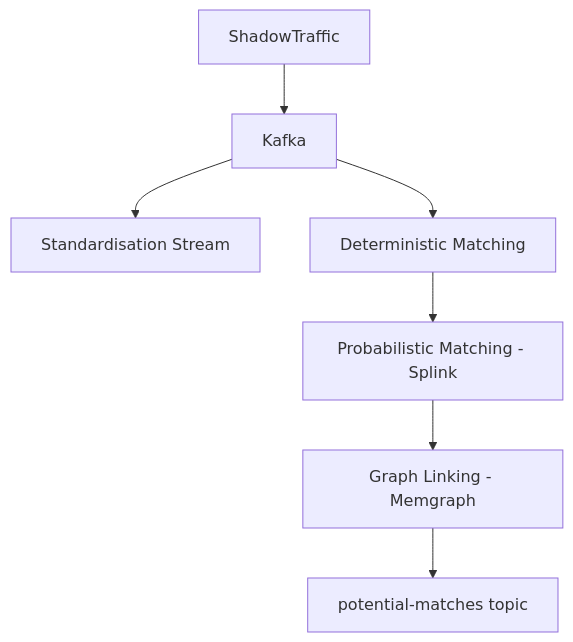
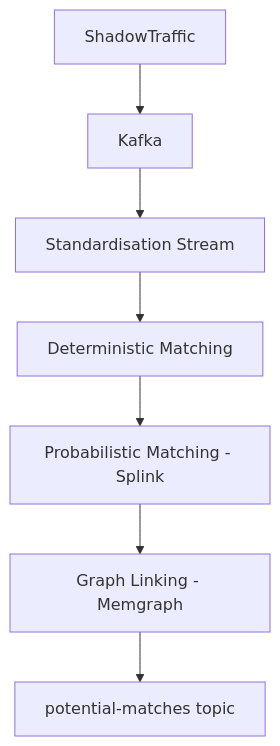
One commit to stonesy88/entity-resolution changed the diagram in readme.md. Above: the diagram before and after it, drawn with Mermaid.

````diff
--- a/readme.md
+++ b/readme.md
@@ -11,10 +11,10 @@
 ```mermaid
 flowchart TD
   S[ShadowTraffic] --> K[Kafka]
   K --> S1[Standardisation Stream]
-  K --> D[Deterministic Matching]
+  S1 --> D[Deterministic Matching]
   D --> P[Probabilistic Matching - Splink]
   P --> M[Graph Linking - Memgraph]
   M --> PM[potential-matches topic]
 
 ```
````
